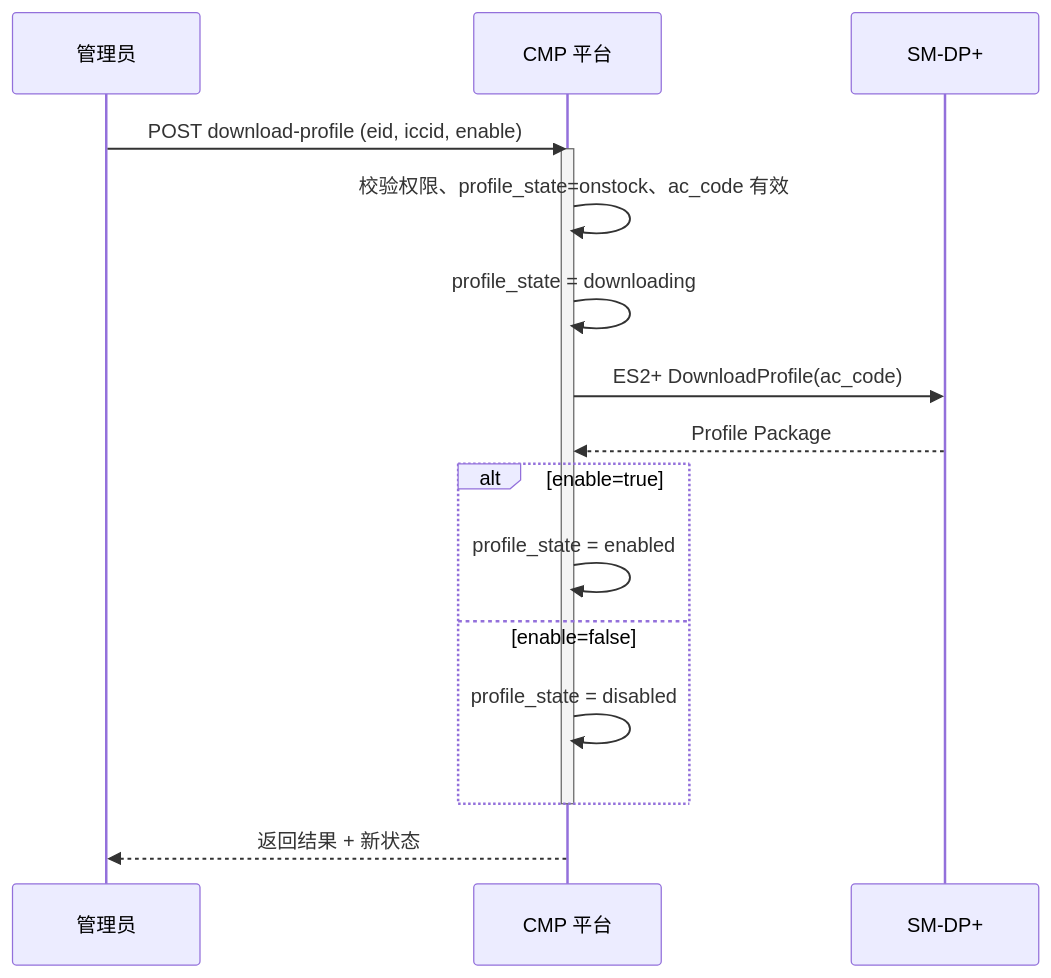
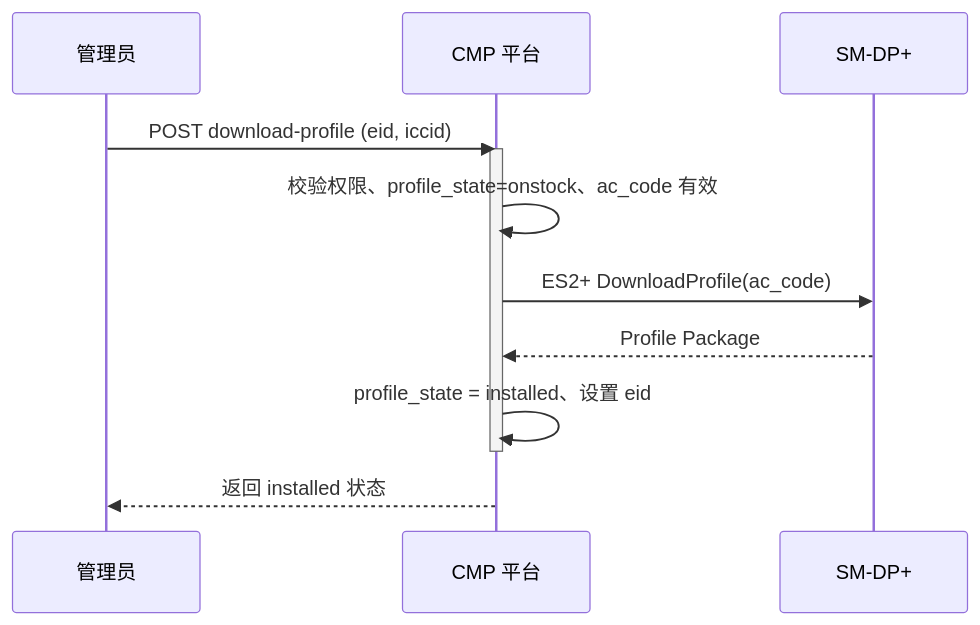
One commit to YangYang990706/local_cmp changed the eighth of 8 diagrams in design.md. Above: the diagram before and after it, drawn with Mermaid. The commit also changed other lines of this file and 1 other file, not shown here.

Commit message:
refactor: onstock不绑定EID可被任意eSIM下载;状态机onstock→installed→enabled→disabled→onstock/terminated Co-authored-by: monkeycode-ai <monkeycode-ai@chaitin.com>

````diff
--- a/design.md
+++ b/design.md
@@ -1418,20 +1417,15 @@
 ```mermaid
 sequenceDiagram
     participant Admin as 管理员
     participant CMP as CMP 平台
     participant SMDP as SM-DP+
 
-    Admin->>CMP: POST download-profile (eid, iccid, enable)
+    Admin->>CMP: POST download-profile (eid, iccid)
     activate CMP
     CMP->>CMP: 校验权限、profile_state=onstock、ac_code 有效
-    CMP->>CMP: profile_state = downloading
     CMP->>SMDP: ES2+ DownloadProfile(ac_code)
     SMDP-->>CMP: Profile Package
-    alt enable=true
-        CMP->>CMP: profile_state = enabled
-    else enable=false
-        CMP->>CMP: profile_state = disabled
-    end
+    CMP->>CMP: profile_state = installed、设置 eid
     deactivate CMP
-    CMP-->>Admin: 返回结果 + 新状态
+    CMP-->>Admin: 返回 installed 状态
 ```
````
